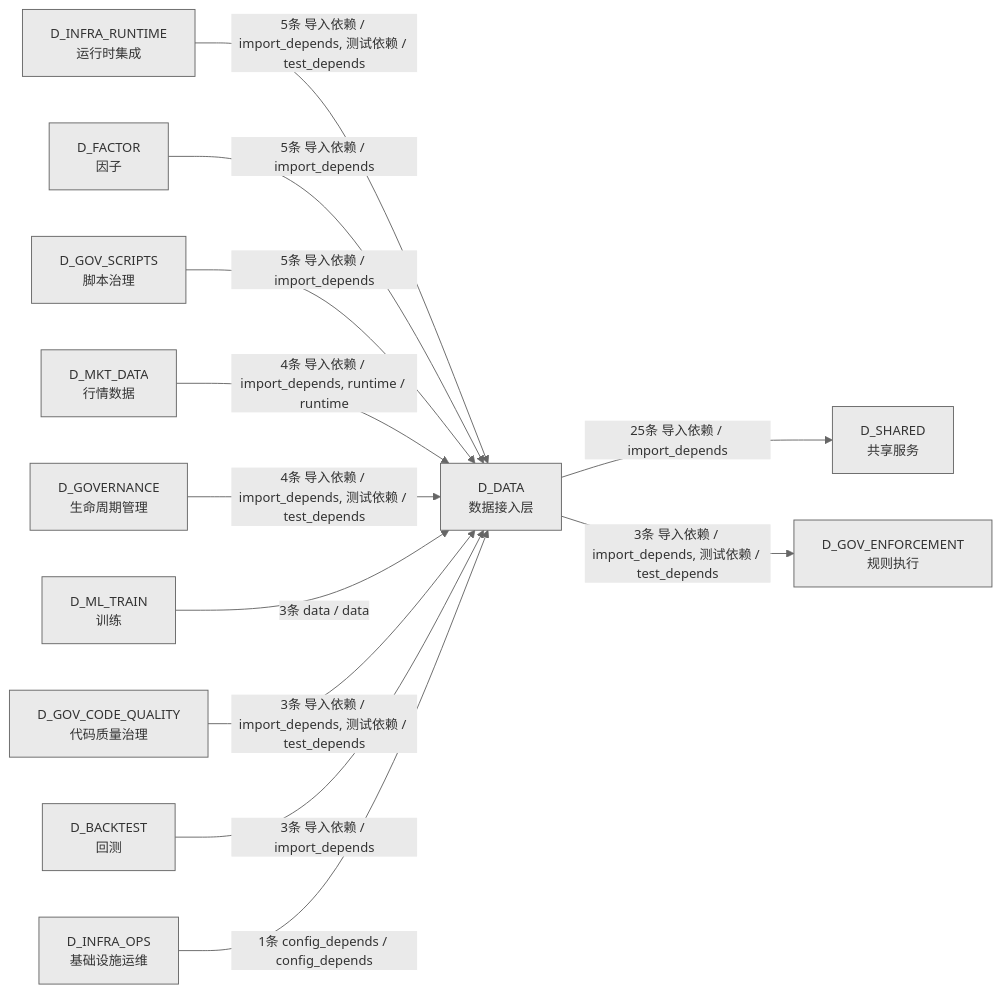
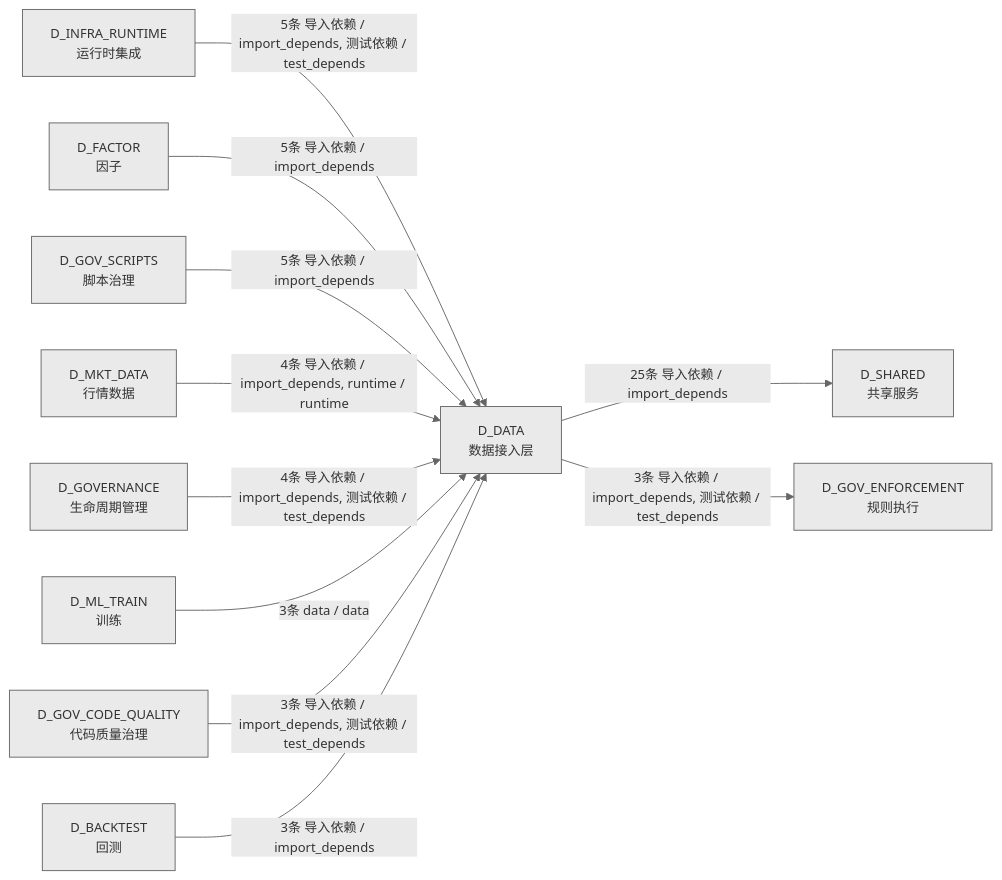
Before and after one commit to xuanFelixVan/ZephyrAlpha: the fourth of 4 diagrams in docs/02_enterprise_architecture/02_domain_architecture_docs/11_d_data.md, drawn with Mermaid. The commit also changed other lines of this file and 52 other files, not shown here.

````diff
--- a/docs/02_enterprise_architecture/02_domain_architecture_docs/11_d_data.md
+++ b/docs/02_enterprise_architecture/02_domain_architecture_docs/11_d_data.md
@@ -1428,27 +1426,25 @@
 ```mermaid
 %%{init: {'theme': 'base', 'themeVariables': {'primaryColor': '#eaeaea', 'primaryTextColor': '#333333', 'primaryBorderColor': '#666666', 'lineColor': '#666666', 'secondaryColor': '#eaeaea', 'tertiaryColor': '#eaeaea', 'fontSize': '14px'}}}%%
 graph LR
     D_DATA["D_DATA<br/>数据接入层"]
     D_SHARED["D_SHARED<br/>共享服务"]
     D_GOV_ENFORCEMENT["D_GOV_ENFORCEMENT<br/>规则执行"]
     D_INFRA_RUNTIME["D_INFRA_RUNTIME<br/>运行时集成"]
     D_FACTOR["D_FACTOR<br/>因子"]
     D_GOV_SCRIPTS["D_GOV_SCRIPTS<br/>脚本治理"]
     D_MKT_DATA["D_MKT_DATA<br/>行情数据"]
     D_GOVERNANCE["D_GOVERNANCE<br/>生命周期管理"]
     D_ML_TRAIN["D_ML_TRAIN<br/>训练"]
     D_GOV_CODE_QUALITY["D_GOV_CODE_QUALITY<br/>代码质量治理"]
     D_BACKTEST["D_BACKTEST<br/>回测"]
-    D_INFRA_OPS["D_INFRA_OPS<br/>基础设施运维"]
     D_DATA -->|25条 导入依赖 / import_depends| D_SHARED
     D_DATA -->|3条 导入依赖 / import_depends, 测试依赖 / test_depends| D_GOV_ENFORCEMENT
     D_INFRA_RUNTIME -->|5条 导入依赖 / import_depends, 测试依赖 / test_depends| D_DATA
     D_FACTOR -->|5条 导入依赖 / import_depends| D_DATA
     D_GOV_SCRIPTS -->|5条 导入依赖 / import_depends| D_DATA
     D_MKT_DATA -->|4条 导入依赖 / import_depends, runtime / runtime| D_DATA
     D_GOVERNANCE -->|4条 导入依赖 / import_depends, 测试依赖 / test_depends| D_DATA
     D_ML_TRAIN -->|3条 data / data| D_DATA
     D_GOV_CODE_QUALITY -->|3条 导入依赖 / import_depends, 测试依赖 / test_depends| D_DATA
     D_BACKTEST -->|3条 导入依赖 / import_depends| D_DATA
-    D_INFRA_OPS -->|1条 config_depends / config_depends| D_DATA
 ```
````
